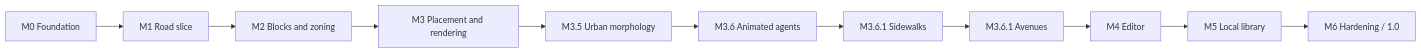
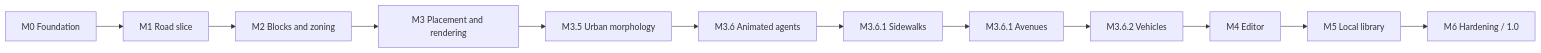
One commit to Canni-DEV/city changed the diagram in docs/ROADMAP.md. Above: the diagram before and after it, drawn with Mermaid. The commit also changed other lines of this file and 60 other files, not shown here.

````diff
--- a/docs/ROADMAP.md
+++ b/docs/ROADMAP.md
@@ -3,4 +3,4 @@
 ```mermaid
 flowchart LR
-  M0["M0 Foundation"] --> M1["M1 Road slice"] --> M2["M2 Blocks and zoning"] --> M3["M3 Placement and rendering"] --> M35["M3.5 Urban morphology"] --> M36["M3.6 Animated agents"] --> M361["M3.6.1 Sidewalks"] --> M361A["M3.6.1 Avenues"] --> M4["M4 Editor"] --> M5["M5 Local library"] --> M6["M6 Hardening / 1.0"]
+  M0["M0 Foundation"] --> M1["M1 Road slice"] --> M2["M2 Blocks and zoning"] --> M3["M3 Placement and rendering"] --> M35["M3.5 Urban morphology"] --> M36["M3.6 Animated agents"] --> M361["M3.6.1 Sidewalks"] --> M361A["M3.6.1 Avenues"] --> M362["M3.6.2 Vehicles"] --> M4["M4 Editor"] --> M5["M5 Local library"] --> M6["M6 Hardening / 1.0"]
 ```
````
